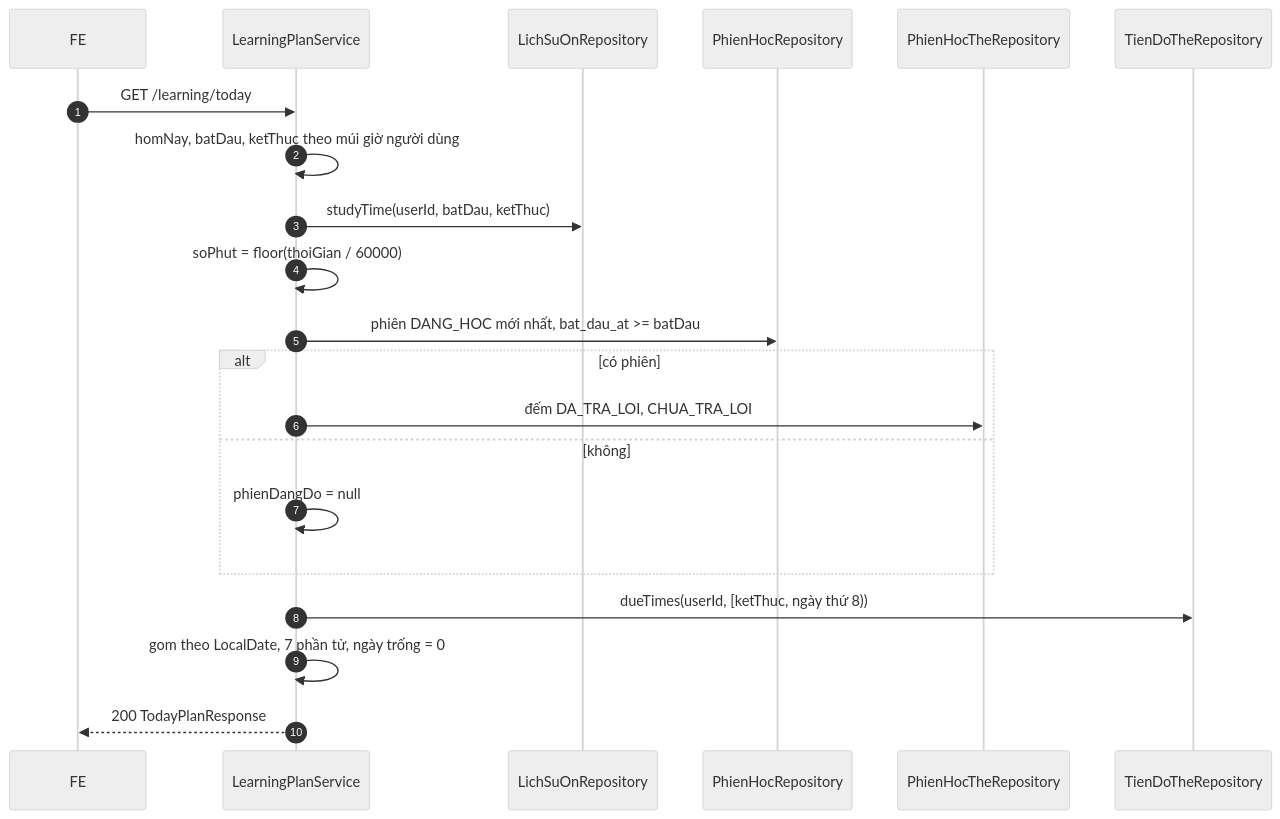
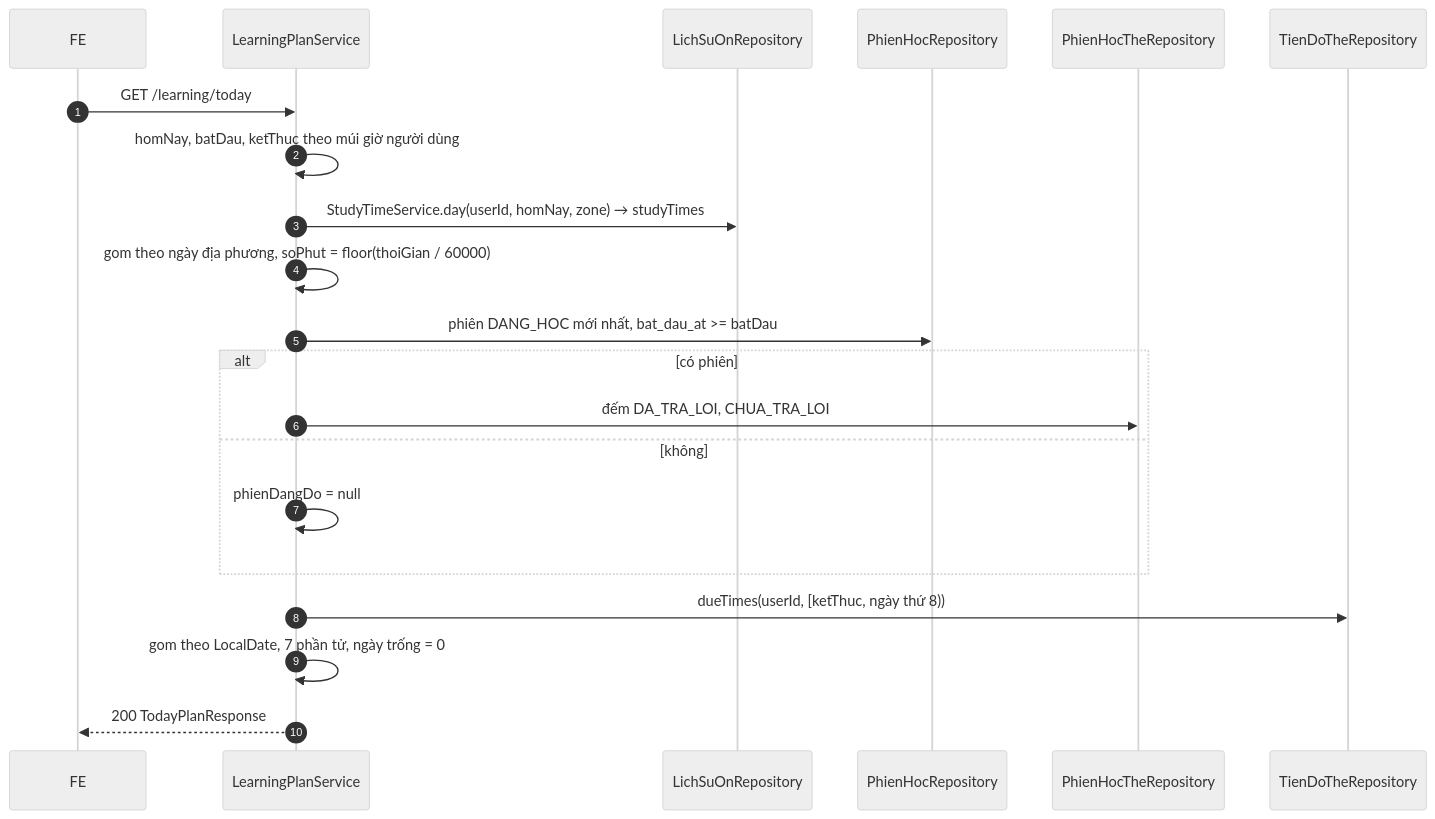
One commit to KLTN-12-2026/Nhom22 changed the diagram in docs/luong-backend/B2.12-bang-dieu-khien.md. Above: the diagram before and after it, drawn with Mermaid (neutral theme). The commit also changed other lines of this file and 152 other files, not shown here.

````diff
--- a/docs/luong-backend/B2.12-bang-dieu-khien.md
+++ b/docs/luong-backend/B2.12-bang-dieu-khien.md
@@ -32,23 +33,23 @@
 ```mermaid
 sequenceDiagram
     autonumber
     participant FE
     participant S as LearningPlanService
     participant H as LichSuOnRepository
     participant P as PhienHocRepository
     participant Q as PhienHocTheRepository
     participant T as TienDoTheRepository
     FE->>S: GET /learning/today
     S->>S: homNay, batDau, ketThuc theo múi giờ người dùng
-    S->>H: studyTime(userId, batDau, ketThuc)
-    S->>S: soPhut = floor(thoiGian / 60000)
+    S->>H: StudyTimeService.day(userId, homNay, zone) → studyTimes
+    S->>S: gom theo ngày địa phương, soPhut = floor(thoiGian / 60000)
     S->>P: phiên DANG_HOC mới nhất, bat_dau_at >= batDau
     alt có phiên
         S->>Q: đếm DA_TRA_LOI, CHUA_TRA_LOI
     else không
         S->>S: phienDangDo = null
     end
     S->>T: dueTimes(userId, [ketThuc, ngày thứ 8))
     S->>S: gom theo LocalDate, 7 phần tử, ngày trống = 0
     S-->>FE: 200 TodayPlanResponse
 ```
````
